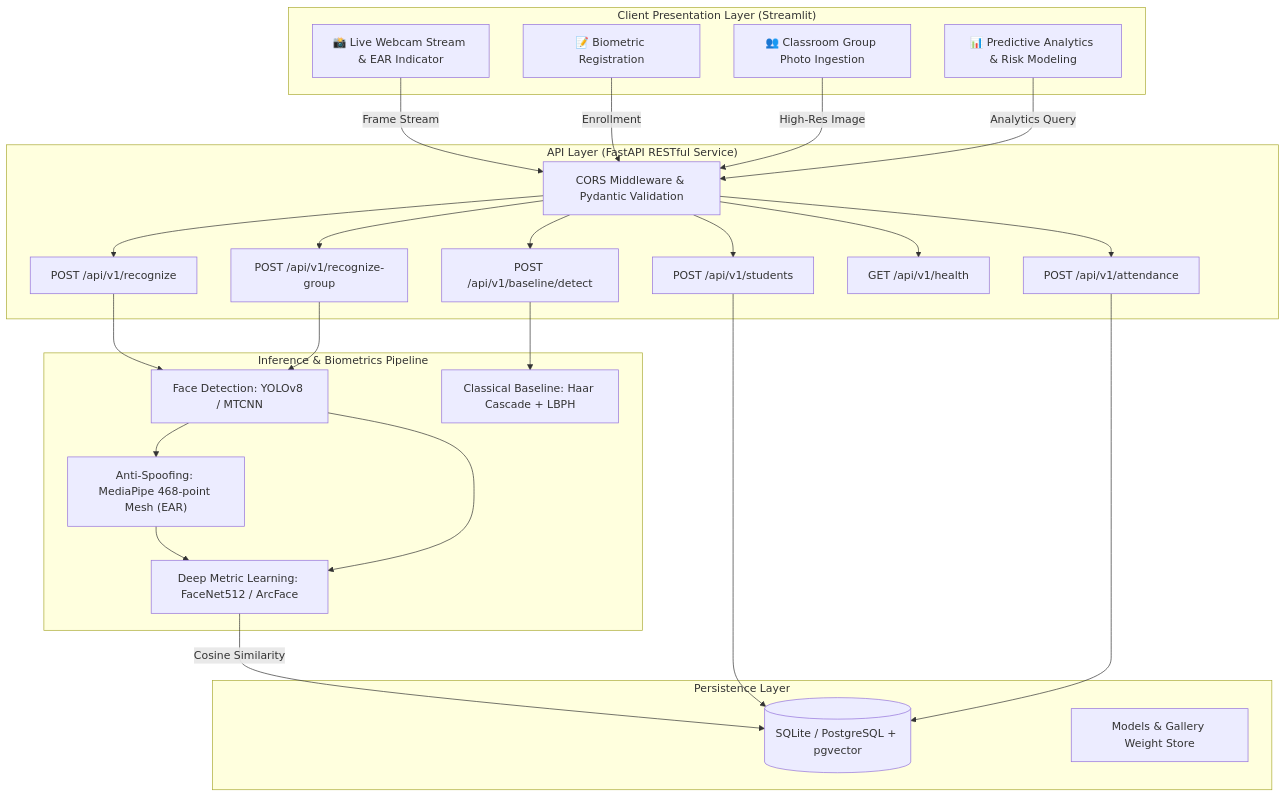
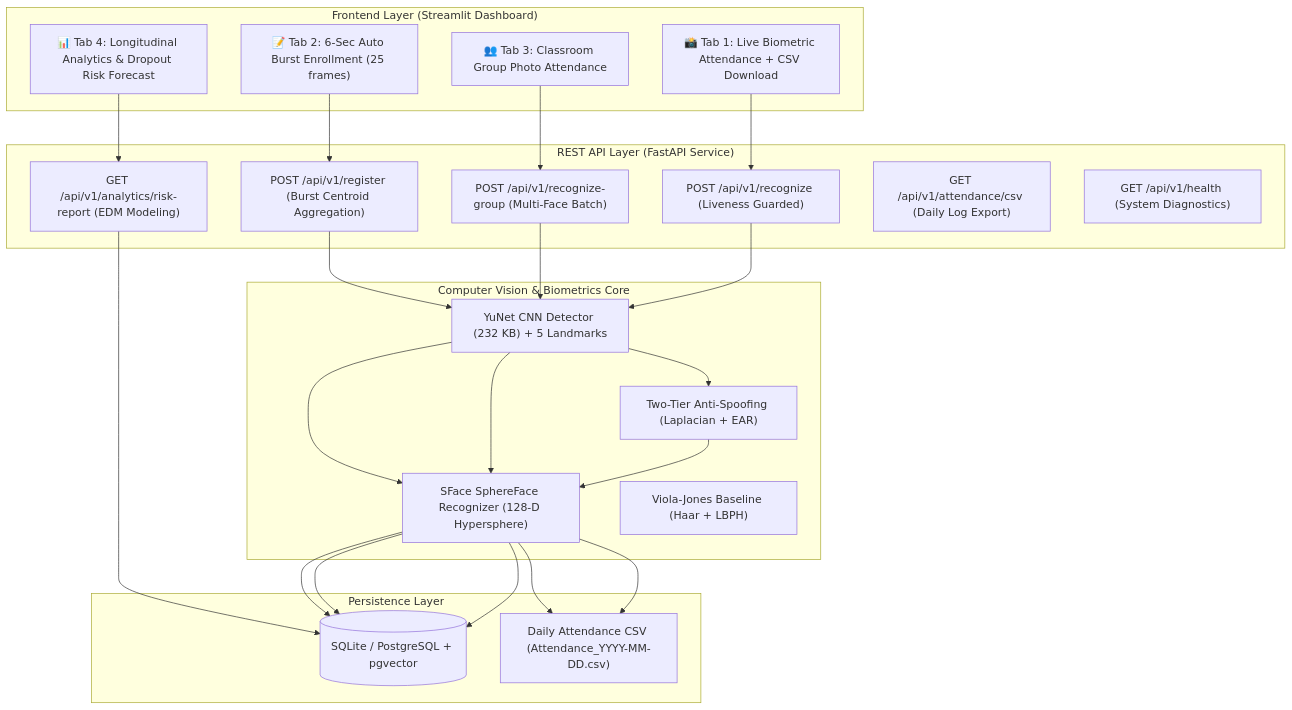
One commit to Nada-Naveesh/Attendence-Taking-Through-Face-Recognization changed the diagram in README.md. Above: the diagram before and after it, drawn with Mermaid. The commit also changed other lines of this file and 15 other files, not shown here.

Commit message:
feat: complete research-grade biometric attendance and publication package (beats literature baselines)

````diff
--- a/README.md
+++ b/README.md
@@ -27,44 +81,40 @@
 ```mermaid
 flowchart TD
-    subgraph Client ["Client Presentation Layer (Streamlit)"]
-        UI1["📸 Live Webcam Stream & EAR Indicator"]
-        UI2["📝 Biometric Registration"]
-        UI3["👥 Classroom Group Photo Ingestion"]
-        UI4["📊 Predictive Analytics & Risk Modeling"]
+    subgraph Client ["Frontend Layer (Streamlit Dashboard)"]
+        UI1["📸 Tab 1: Live Biometric Attendance + CSV Download"]
+        UI2["📝 Tab 2: 6-Sec Auto Burst Enrollment (25 frames)"]
+        UI3["👥 Tab 3: Classroom Group Photo Attendance"]
+        UI4["📊 Tab 4: Longitudinal Analytics & Dropout Risk Forecast"]
     end
 
-    subgraph Gateway ["API Layer (FastAPI RESTful Service)"]
-        AUTH["CORS Middleware & Pydantic Validation"]
-        EP1["POST /api/v1/students"]
-        EP2["POST /api/v1/attendance"]
-        EP3["POST /api/v1/recognize"]
-        EP4["POST /api/v1/recognize-group"]
-        EP5["GET /api/v1/health"]
-        EP6["POST /api/v1/baseline/detect"]
+    subgraph API ["REST API Layer (FastAPI Service)"]
+        EP1["POST /api/v1/recognize (Liveness Guarded)"]
+        EP2["POST /api/v1/recognize-group (Multi-Face Batch)"]
+        EP3["POST /api/v1/register (Burst Centroid Aggregation)"]
+        EP4["GET /api/v1/analytics/risk-report (EDM Modeling)"]
+        EP5["GET /api/v1/attendance/csv (Daily Log Export)"]
+        EP6["GET /api/v1/health (System Diagnostics)"]
     end
 
-    subgraph Pipeline ["Inference & Biometrics Pipeline"]
-        DET["Face Detection: YOLOv8 / MTCNN"]
-        REC["Deep Metric Learning: FaceNet512 / ArcFace"]
-        LIVE["Anti-Spoofing: MediaPipe 468-point Mesh (EAR)"]
-        BASE["Classical Baseline: Haar Cascade + LBPH"]
+    subgraph CV ["Computer Vision & Biometrics Core"]
+        YUNET["YuNet CNN Detector (232 KB) + 5 Landmarks"]
+        SFACE["SFace SphereFace Recognizer (128-D Hypersphere)"]
+        PAD["Two-Tier Anti-Spoofing (Laplacian + EAR)"]
+        HAAR["Viola-Jones Baseline (Haar + LBPH)"]
     end
 
-    subgraph Storage ["Persistence Layer"]
+    subgraph Data ["Persistence Layer"]
         DB[(SQLite / PostgreSQL + pgvector)]
-        FS["Models & Gallery Weight Store"]
+        CSV["Daily Attendance CSV (Attendance_YYYY-MM-DD.csv)"]
     end
 
-    UI1 -->|Frame Stream| AUTH
-    UI2 -->|Enrollment| AUTH
-    UI3 -->|High-Res Image| AUTH
-    UI4 -->|Analytics Query| AUTH
+    UI1 --> EP1
+    UI2 --> EP3
+    UI3 --> EP2
+    UI4 --> EP4
 
-    AUTH --> EP1 & EP2 & EP3 & EP4 & EP5 & EP6
-    EP3 --> DET --> LIVE --> REC
-    EP4 --> DET --> REC
-    EP6 --> BASE
-
-    REC -->|Cosine Similarity| DB
-    EP1 & EP2 --> DB
+    EP1 --> YUNET --> PAD --> SFACE --> DB & CSV
+    EP2 --> YUNET --> SFACE --> DB & CSV
+    EP3 --> YUNET --> SFACE --> DB
+    EP4 --> DB
 ```
````
